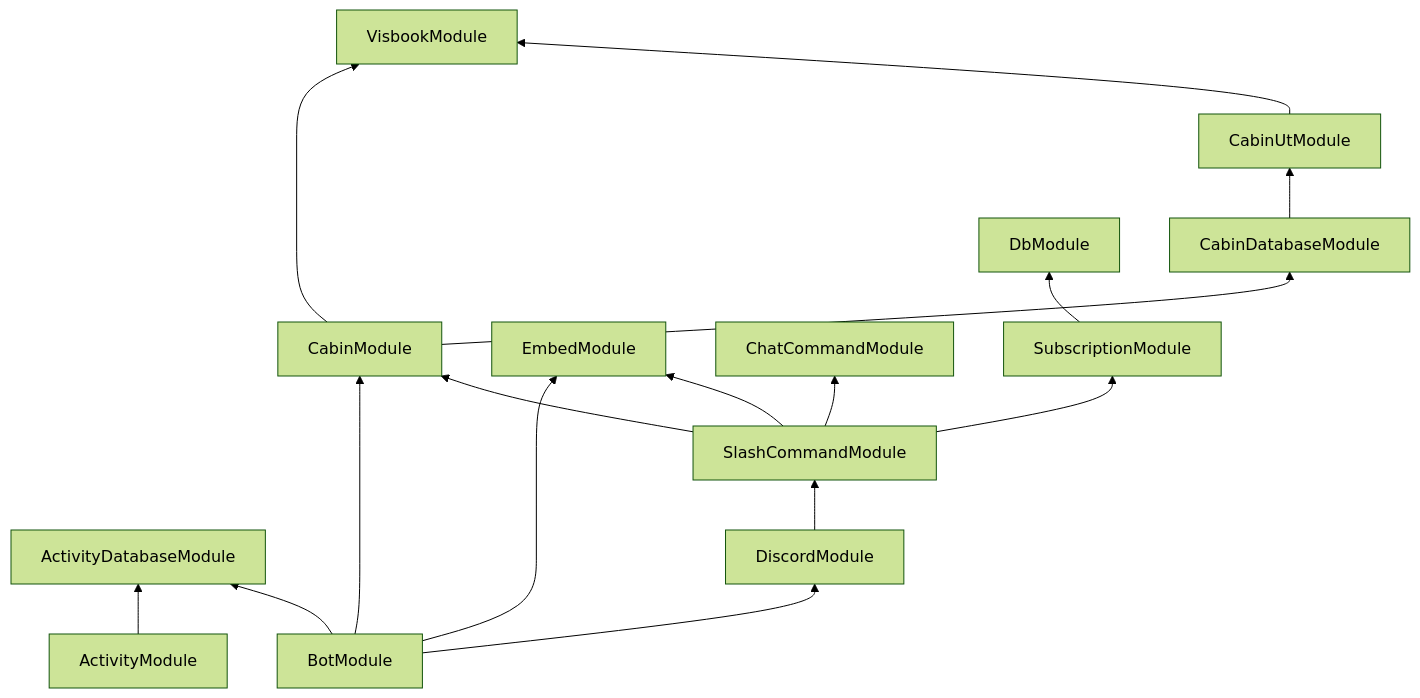
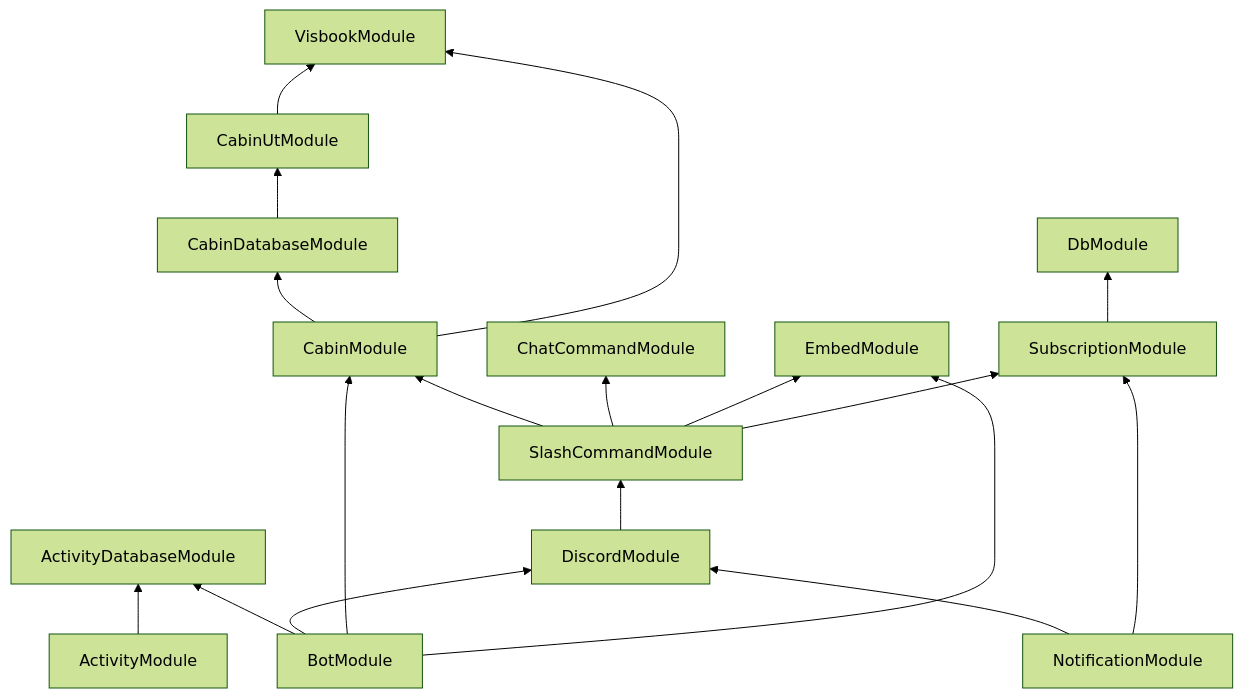
One commit to gingermusketeer/dnt-discord-bot changed the diagram in docs/dev-guide/modules.md. Above: the diagram before and after it, drawn with Mermaid (forest theme).

````diff
--- a/docs/dev-guide/modules.md
+++ b/docs/dev-guide/modules.md
@@ -5,19 +5,21 @@
 ```mermaid
 flowchart BT
 
 ActivityModule --> ActivityDatabaseModule
 BotModule --> ActivityDatabaseModule
 BotModule --> DiscordModule
 BotModule --> CabinModule
 BotModule --> EmbedModule
 CabinModule --> CabinDatabaseModule
 CabinModule --> VisbookModule
 CabinDatabaseModule --> CabinUtModule
 CabinUtModule --> VisbookModule
 DiscordModule --> SlashCommandModule
+NotificationModule --> DiscordModule
+NotificationModule --> SubscriptionModule
 SlashCommandModule --> CabinModule
 SlashCommandModule --> ChatCommandModule
 SlashCommandModule --> EmbedModule
 SlashCommandModule --> SubscriptionModule
 SubscriptionModule --> DbModule
 ```
````
